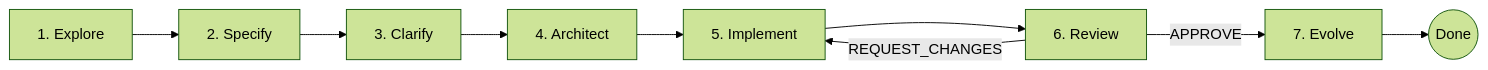
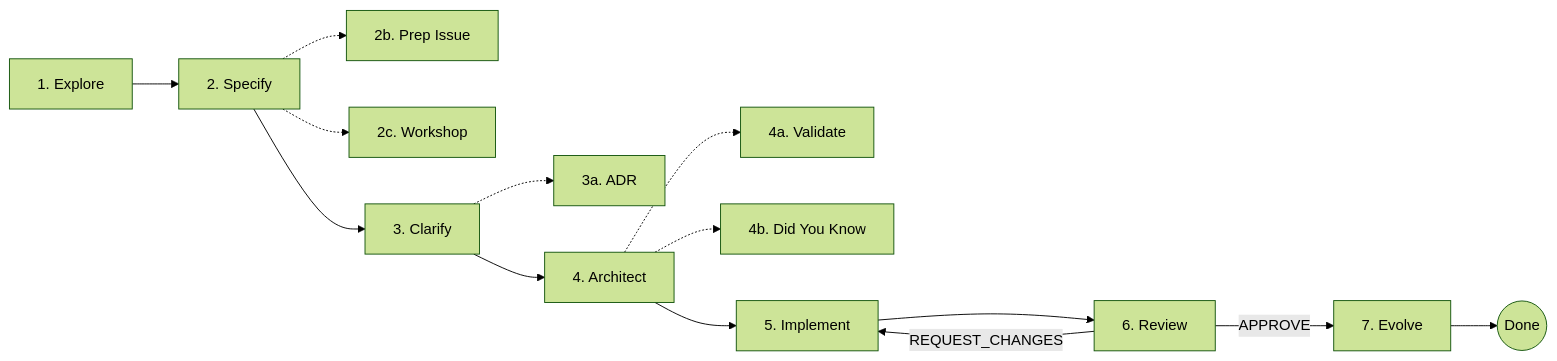
Before and after one commit to willvelida/biotrackr: the diagram in docs/harness-guide.md, drawn with Mermaid (forest theme). The commit also changed other lines of this file and 30 other files, not shown here.

````diff
--- a/docs/harness-guide.md
+++ b/docs/harness-guide.md
@@ -193,11 +193,16 @@
 ```mermaid
 flowchart LR
     E[1. Explore] --> S[2. Specify]
+    S -.-> PI[2b. Prep Issue]
+    S -.-> W[2c. Workshop]
     S --> C[3. Clarify]
+    C -.-> ADR[3a. ADR]
     C --> A[4. Architect]
+    A -.-> V[4a. Validate]
+    A -.-> DYK[4b. Did You Know]
     A --> I[5. Implement]
     I --> R[6. Review]
     R -->|REQUEST_CHANGES| I
     R -->|APPROVE| EV[7. Evolve]
     EV --> Done((Done))
 ```
````
